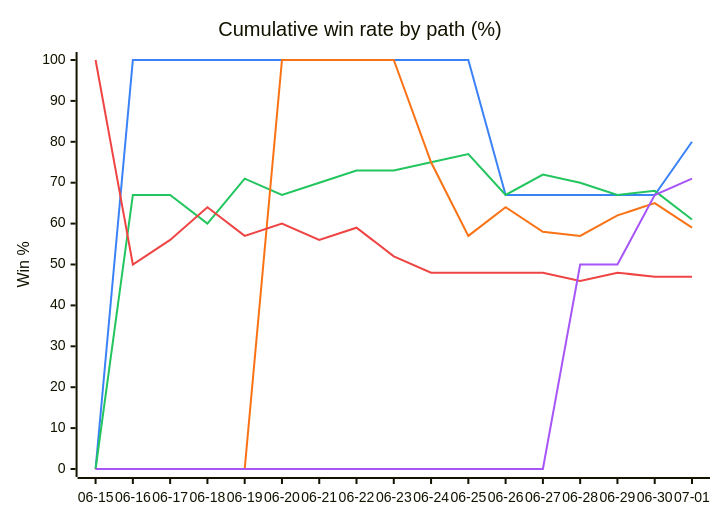
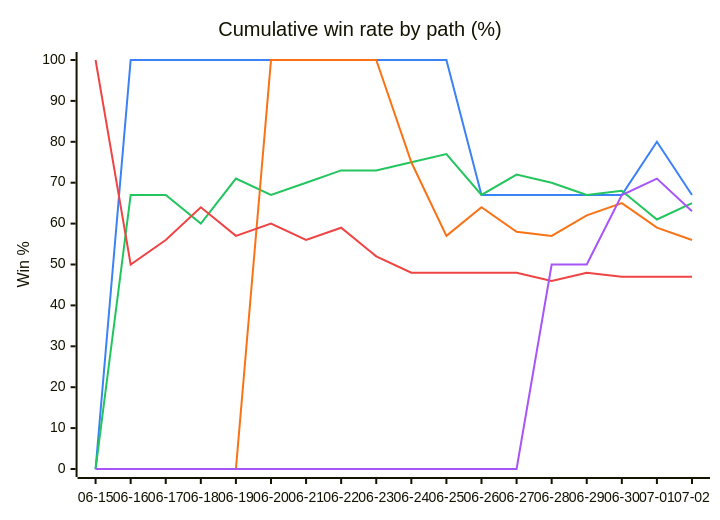
Before and after one commit to dpk1212/nhl-savant: the second of 5 diagrams in DAILY_AGSU_REPORT.md, drawn with Mermaid. The commit also changed other lines of this file, not shown here.

````diff
--- a/DAILY_AGSU_REPORT.md
+++ b/DAILY_AGSU_REPORT.md
@@ -211,12 +216,12 @@
 ```mermaid
 %%{init: {"themeVariables": {"xyChart": {"plotColorPalette": "#3b82f6,#22c55e,#f97316,#ef4444,#a855f7"}}}}%%
 xychart-beta
     title "Cumulative win rate by path (%)"
-    x-axis ["06-15", "06-16", "06-17", "06-18", "06-19", "06-20", "06-21", "06-22", "06-23", "06-24", "06-25", "06-26", "06-27", "06-28", "06-29", "06-30", "07-01"]
+    x-axis ["06-15", "06-16", "06-17", "06-18", "06-19", "06-20", "06-21", "06-22", "06-23", "06-24", "06-25", "06-26", "06-27", "06-28", "06-29", "06-30", "07-01", "07-02"]
     y-axis "Win %" 0 --> 100
-    line [0, 100, 100, 100, 100, 100, 100, 100, 100, 100, 100, 67, 67, 67, 67, 67, 80]
-    line [0, 67, 67, 60, 71, 67, 70, 73, 73, 75, 77, 67, 72, 70, 67, 68, 61]
-    line [0, 0, 0, 0, 0, 100, 100, 100, 100, 75, 57, 64, 58, 57, 62, 65, 59]
-    line [100, 50, 56, 64, 57, 60, 56, 59, 52, 48, 48, 48, 48, 46, 48, 47, 47]
-    line [0, 0, 0, 0, 0, 0, 0, 0, 0, 0, 0, 0, 0, 50, 50, 67, 71]
+    line [0, 100, 100, 100, 100, 100, 100, 100, 100, 100, 100, 67, 67, 67, 67, 67, 80, 67]
+    line [0, 67, 67, 60, 71, 67, 70, 73, 73, 75, 77, 67, 72, 70, 67, 68, 61, 65]
+    line [0, 0, 0, 0, 0, 100, 100, 100, 100, 75, 57, 64, 58, 57, 62, 65, 59, 56]
+    line [100, 50, 56, 64, 57, 60, 56, 59, 52, 48, 48, 48, 48, 46, 48, 47, 47, 47]
+    line [0, 0, 0, 0, 0, 0, 0, 0, 0, 0, 0, 0, 0, 50, 50, 67, 71, 63]
 ```
````
